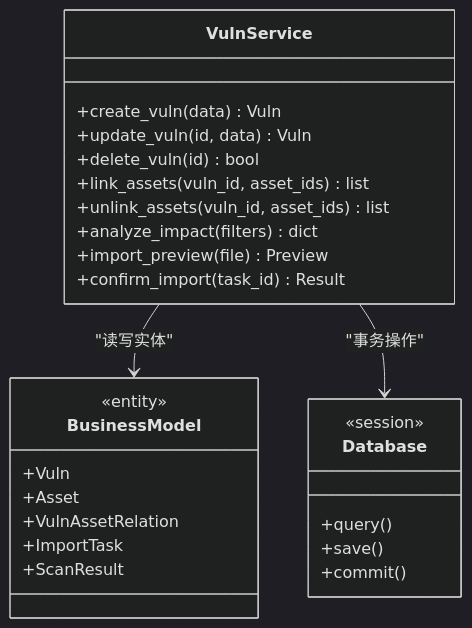
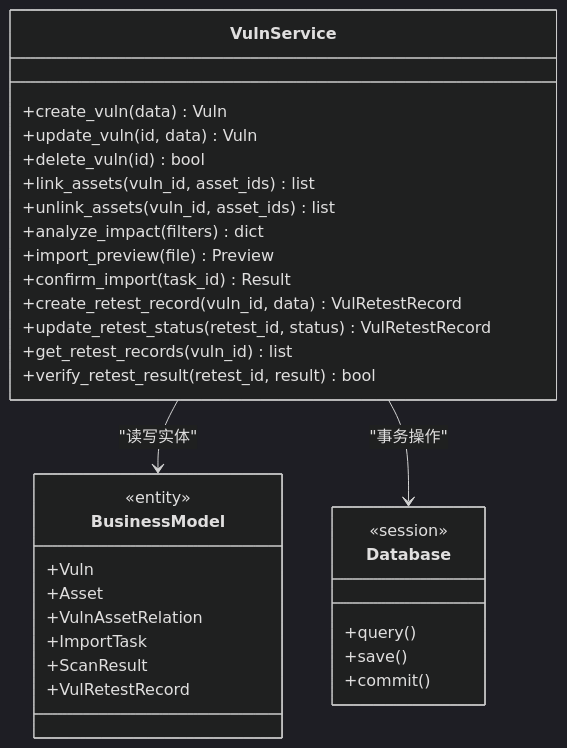
One commit to vu1Art1st/talos changed the fifth of 7 diagrams in .qoder/repowiki/zh/content/后端API文档/漏洞管理API.md. Above: the diagram before and after it, drawn with Mermaid (dark theme). The commit also changed other lines of this file and 129 other files, not shown here.

````diff
--- a/.qoder/repowiki/zh/content/后端API文档/漏洞管理API.md
+++ b/.qoder/repowiki/zh/content/后端API文档/漏洞管理API.md
@@ -241,29 +268,34 @@
 ```mermaid
 classDiagram
 class VulnService {
 +create_vuln(data) Vuln
 +update_vuln(id, data) Vuln
 +delete_vuln(id) bool
 +link_assets(vuln_id, asset_ids) list
 +unlink_assets(vuln_id, asset_ids) list
 +analyze_impact(filters) dict
 +import_preview(file) Preview
 +confirm_import(task_id) Result
++create_retest_record(vuln_id, data) VulRetestRecord
++update_retest_status(retest_id, status) VulRetestRecord
++get_retest_records(vuln_id) list
++verify_retest_result(retest_id, result) bool
 }
 class BusinessModel {
 <<entity>>
 +Vuln
 +Asset
 +VulnAssetRelation
 +ImportTask
 +ScanResult
++VulRetestRecord
 }
 class Database {
 <<session>>
 +query()
 +save()
 +commit()
 }
 VulnService --> BusinessModel : "读写实体"
 VulnService --> Database : "事务操作"
 ```
````
